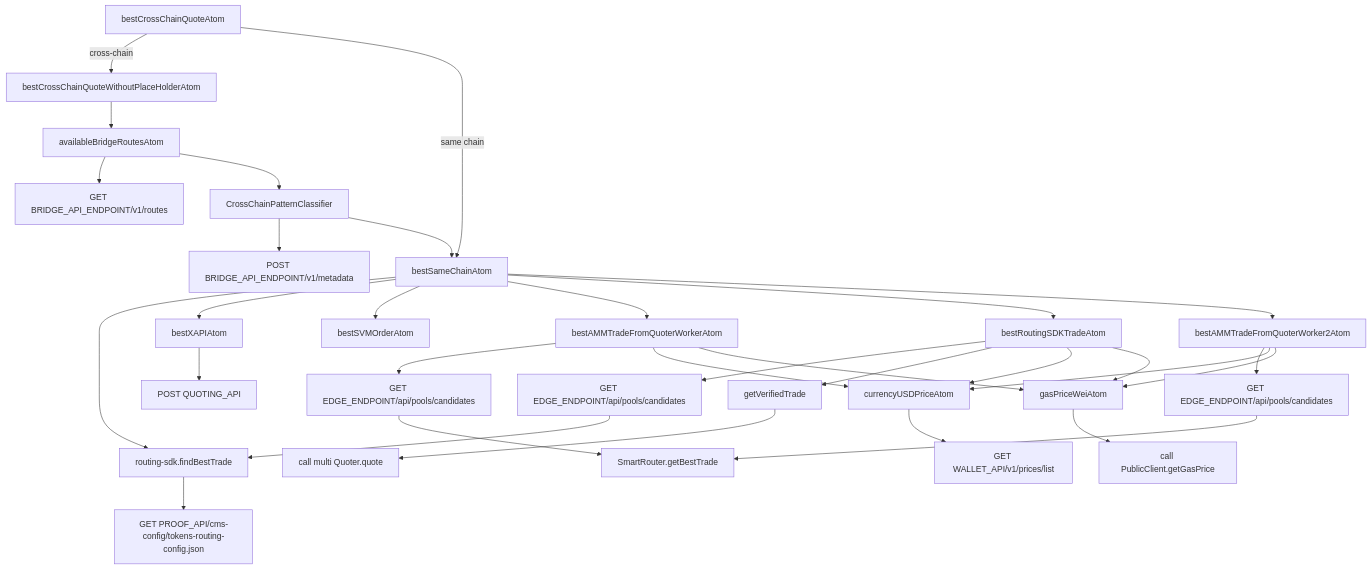
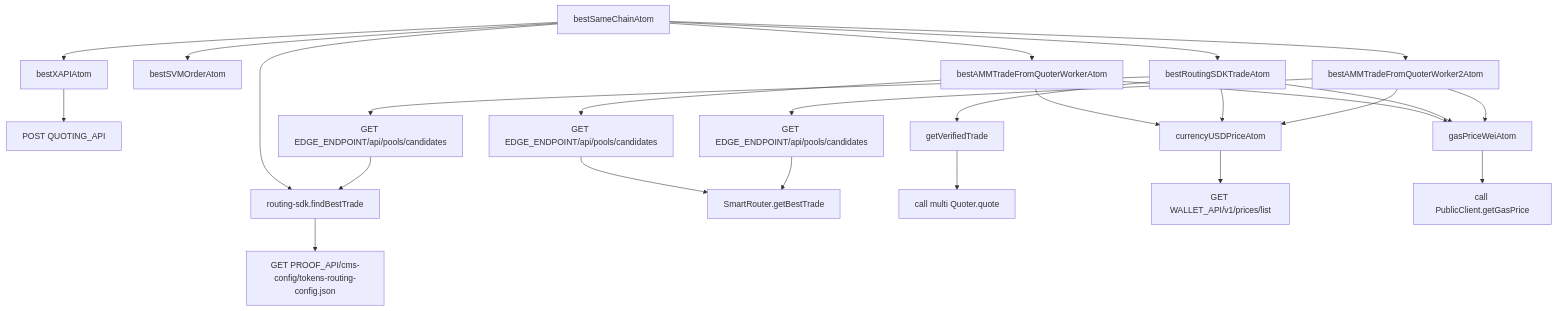
Before and after one commit to chef-ryan/pancake-frontend: the first of 6 diagrams in apps/web/src/quoter/viz.md, drawn with Mermaid. The commit also changed other lines of this file, not shown here.

````diff
--- a/apps/web/src/quoter/viz.md
+++ b/apps/web/src/quoter/viz.md
@@ -45,44 +42,35 @@
 ```mermaid
 flowchart TD
-    A[bestCrossChainQuoteAtom]
-    A -->|cross-chain| B[bestCrossChainQuoteWithoutPlaceHolderAtom]
-    A -->|same chain| S[bestSameChainAtom]
-
-    B --> R[availableBridgeRoutesAtom]
-    R --> R1["GET BRIDGE_API_ENDPOINT/v1/routes"]
-    R --> P[CrossChainPatternClassifier]
-    P --> METADATA["POST BRIDGE_API_ENDPOINT/v1/metadata"]
-    P --> S
-
+    S[bestSameChainAtom]
     S --> RS[routingStrategyAtom]
     RS --> RS1["GET PROOF_API/cms-config/tokens-routing-config.json"]
 
     S --> QA[bestXAPIAtom]
     QA --> QA1["POST QUOTING_API"]
 
     S --> SVM[bestSVMOrderAtom]
 
     S --> BW1[bestAMMTradeFromQuoterWorkerAtom]
     S --> BW2[bestRoutingSDKTradeAtom]
     S --> BW3[bestAMMTradeFromQuoterWorker2Atom]
 
     BW1 --> EP1a["GET EDGE_ENDPOINT/api/pools/candidates"]
     EP1a --> SR[SmartRouter.getBestTrade]
     BW2 --> EP1b["GET EDGE_ENDPOINT/api/pools/candidates"]
     EP1b --> RS[routing-sdk.findBestTrade]
     BW3 --> EP1c["GET EDGE_ENDPOINT/api/pools/candidates"]
     EP1c --> SR
 
     BW2 --> V[getVerifiedTrade]
     V --> V1["call multi Quoter.quote"]
 
     BW1 --> USD[currencyUSDPriceAtom]
     BW2 --> USD
     BW3 --> USD
     USD --> WALLET["GET WALLET_API/v1/prices/list"]
 
     BW1 --> GP[gasPriceWeiAtom]
     BW2 --> GP
     BW3 --> GP
     GP --> GAS["call PublicClient.getGasPrice"]
 ```
````
